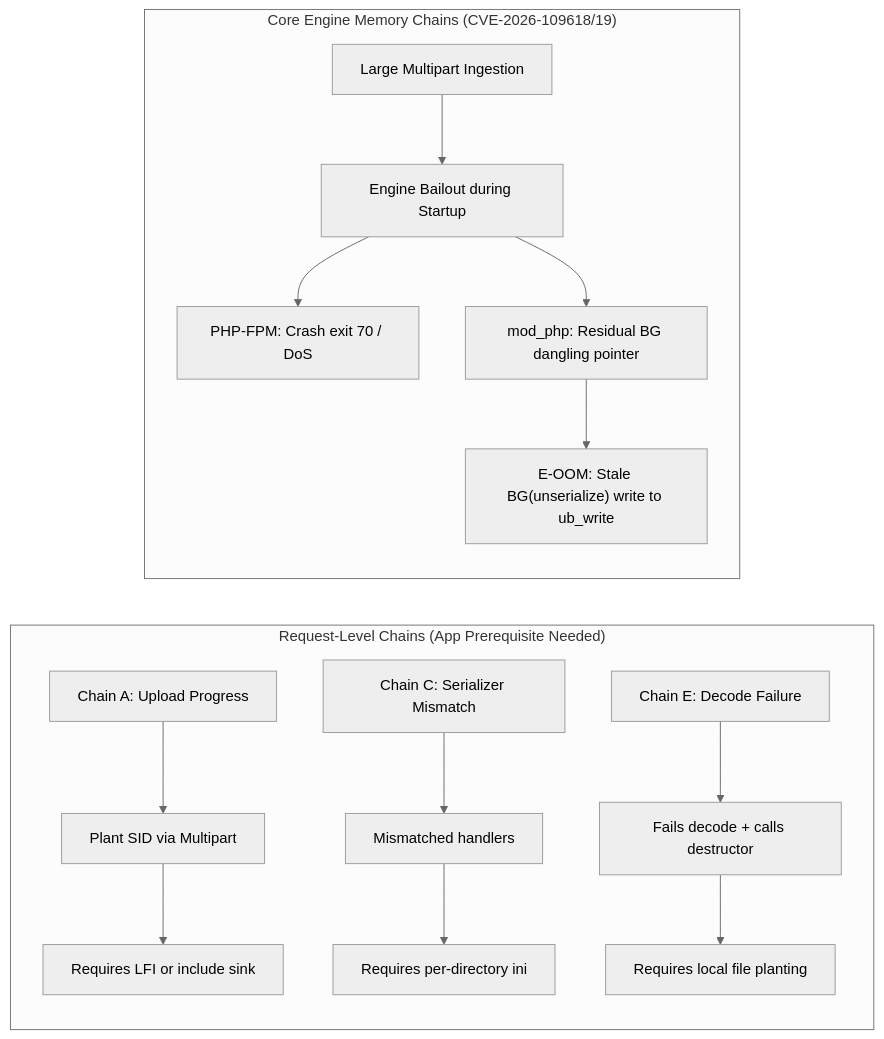
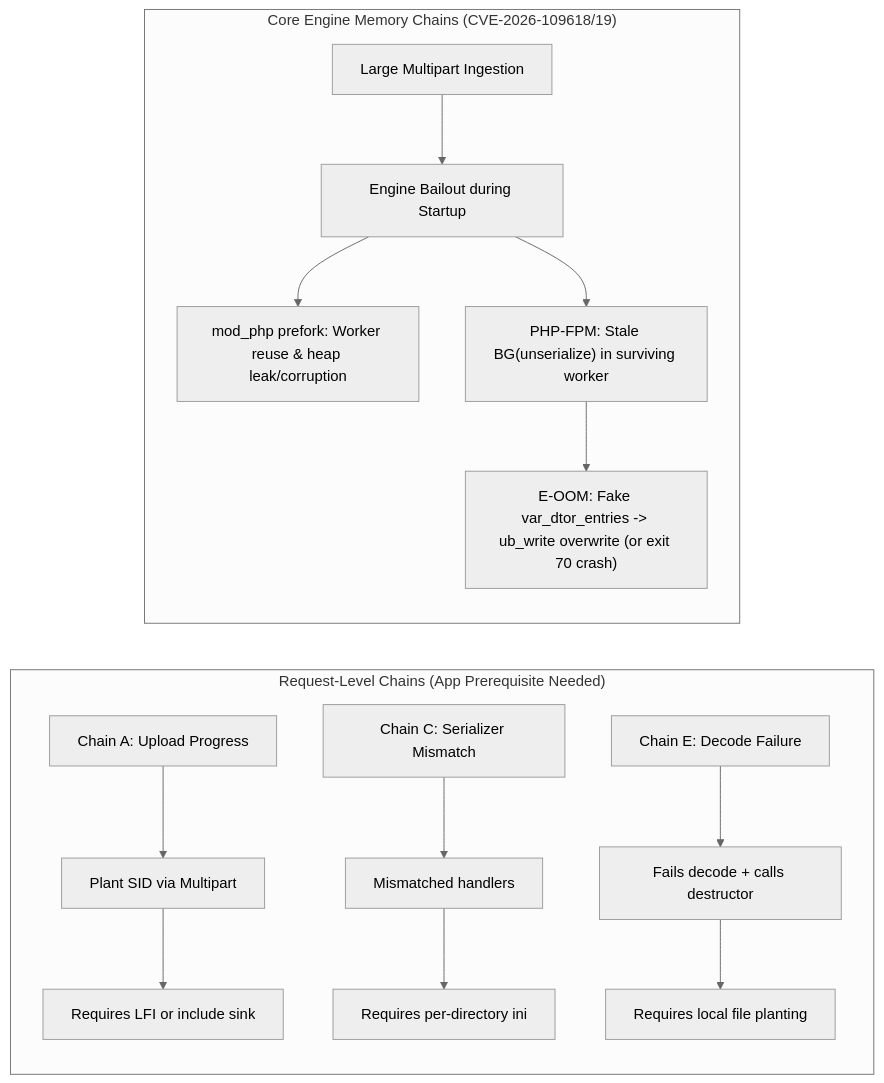
The second of 2 diagrams in REPORT.md (JoshRob297/php2shell-research), drawn with Mermaid (neutral theme) before and after one commit. The commit also changed 1 other file, not shown here.

Commit message:
fix(tooling, docs): bind lab ports to loopback and align E-OOM FPM Mermaid diagram

````diff
--- a/REPORT.md
+++ b/REPORT.md
@@ -287,20 +287,20 @@
 ```mermaid
 flowchart LR
     subgraph Request_Level_Chains["Request-Level Chains (App Prerequisite Needed)"]
         A["Chain A: Upload Progress"] --> A1["Plant SID via Multipart"]
         A1 --> A2["Requires LFI or include sink"]
         
         C["Chain C: Serializer Mismatch"] --> C1["Mismatched handlers"]
         C1 --> C2["Requires per-directory ini"]
         
         E["Chain E: Decode Failure"] --> E1["Fails decode + calls destructor"]
         E1 --> E2["Requires local file planting"]
     end
 
     subgraph Core_Engine_Chains["Core Engine Memory Chains (CVE-2026-109618/19)"]
         OOM["Large Multipart Ingestion"] --> BAIL["Engine Bailout during Startup"]
-        BAIL --> FPM["PHP-FPM: Crash exit 70 / DoS"]
-        BAIL --> MOD["mod_php: Residual BG dangling pointer"]
-        MOD --> EOOM["E-OOM: Stale BG(unserialize) write to ub_write"]
+        BAIL --> MOD["mod_php prefork: Worker reuse & heap leak/corruption"]
+        BAIL --> FPM["PHP-FPM: Stale BG(unserialize) in surviving worker"]
+        FPM --> EOOM["E-OOM: Fake var_dtor_entries -> ub_write overwrite (or exit 70 crash)"]
     end
 ```
````
